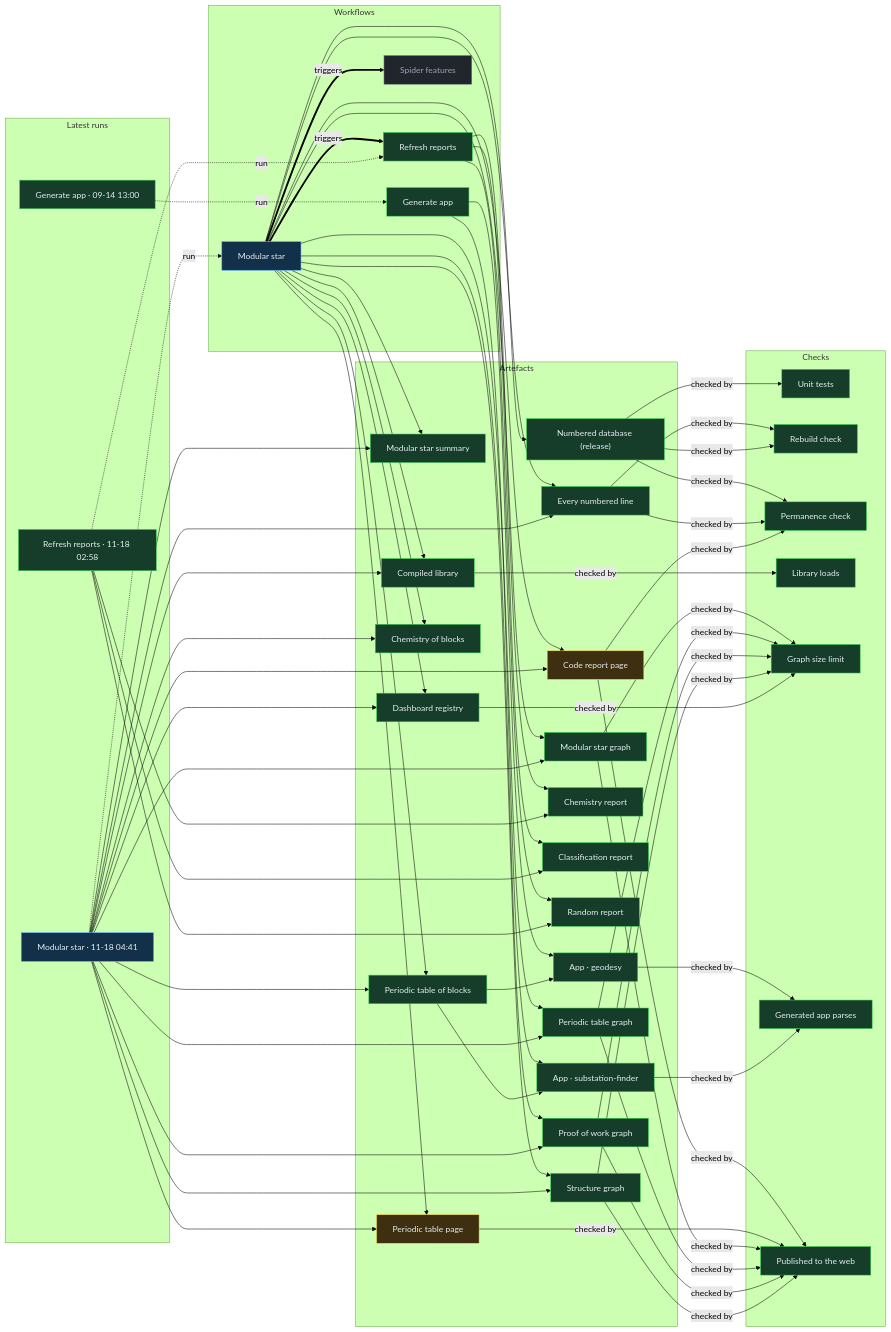
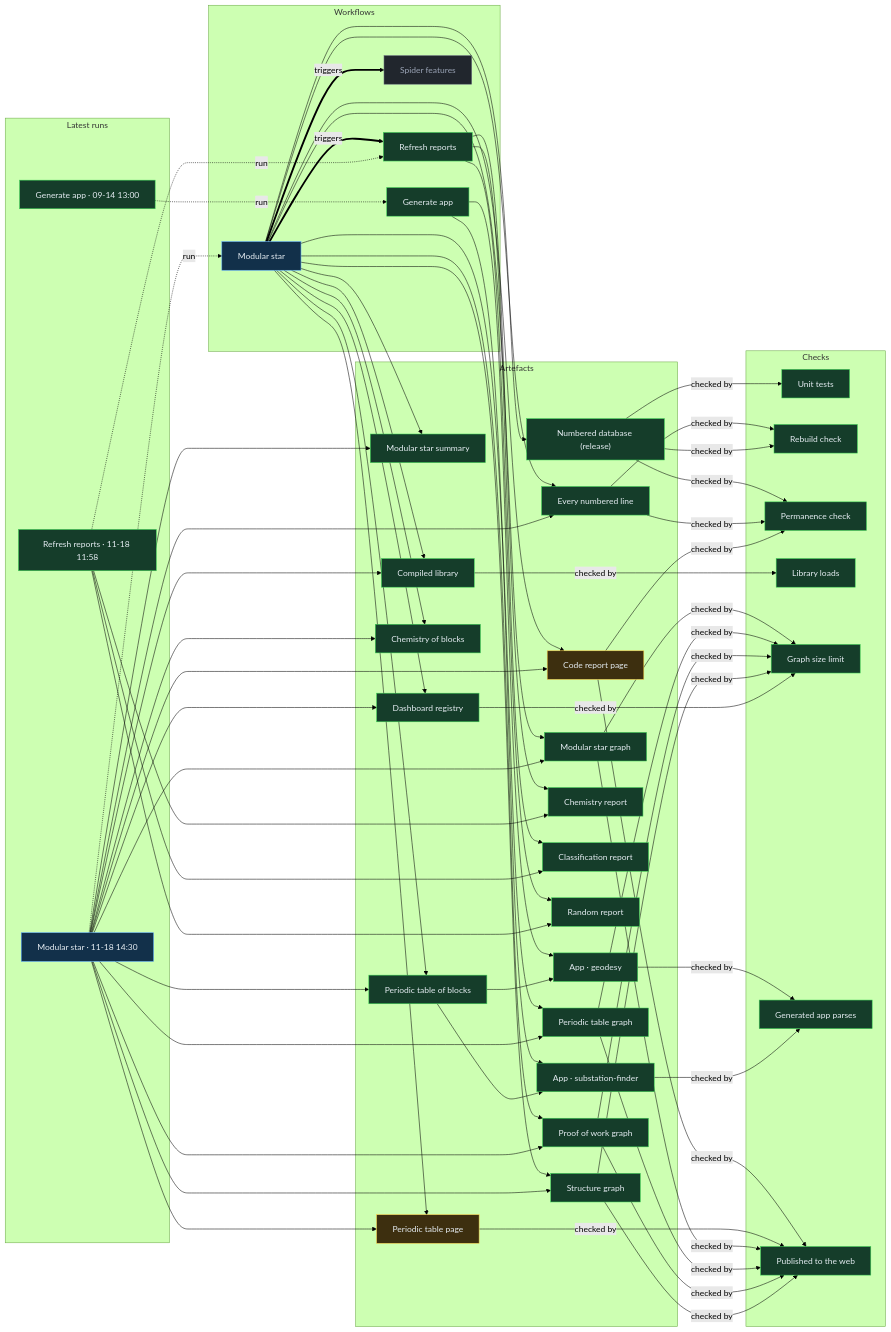
Before and after one commit to Ventusltd/stars: the diagram in proof/PROOF.md, drawn with Mermaid (forest theme). The commit also changed other lines of this file and 274 other files, not shown here.

Commit message:
Modular star 2026-11-18T14:33Z

```diff
--- a/proof/PROOF.md
+++ b/proof/PROOF.md
@@ -24,8 +24,8 @@
   n_wf_spider_features["Spider features"]:::off
   end
   subgraph g_runs["Latest runs"]
-  n_run_44239025496["Modular star · 11-18 04:41"]:::live
-  n_run_44227066266["Refresh reports · 11-18 02:58"]:::ok
+  n_run_44324963511["Modular star · 11-18 14:30"]:::live
+  n_run_44299468070["Refresh reports · 11-18 11:58"]:::ok
   n_run_34846587798["Generate app · 09-14 13:00"]:::ok
   end
   subgraph g_artefacts["Artefacts"]
@@ -59,39 +59,39 @@
   end
   n_wf_modular_star == triggers ==> n_wf_refresh
   n_wf_modular_star == triggers ==> n_wf_spider_features
-  n_run_44239025496 -. run .-> n_wf_modular_star
-  n_run_44227066266 -. run .-> n_wf_refresh
+  n_run_44324963511 -. run .-> n_wf_modular_star
+  n_run_44299468070 -. run .-> n_wf_refresh
   n_run_34846587798 -. run .-> n_wf_generate
   n_wf_modular_star --> n_art_summary
-  n_run_44239025496 --> n_art_summary
+  n_run_44324963511 --> n_art_summary
   n_wf_modular_star --> n_art_lines
-  n_run_44239025496 --> n_art_lines
+  n_run_44324963511 --> n_art_lines
   n_wf_modular_star --> n_art_code
-  n_run_44239025496 --> n_art_code
+  n_run_44324963511 --> n_art_code
   n_wf_modular_star --> n_art_modular_graph
-  n_run_44239025496 --> n_art_modular_graph
+  n_run_44324963511 --> n_art_modular_graph
   n_wf_modular_star --> n_art_blocks
-  n_run_44239025496 --> n_art_blocks
+  n_run_44324963511 --> n_art_blocks
   n_wf_modular_star --> n_art_table
-  n_run_44239025496 --> n_art_table
+  n_run_44324963511 --> n_art_table
   n_wf_modular_star --> n_art_blocks_graph
-  n_run_44239025496 --> n_art_blocks_graph
+  n_run_44324963511 --> n_art_blocks_graph
   n_wf_modular_star --> n_art_reactions
-  n_run_44239025496 --> n_art_reactions
+  n_run_44324963511 --> n_art_reactions
   n_wf_modular_star --> n_art_library
-  n_run_44239025496 --> n_art_library
+  n_run_44324963511 --> n_art_library
   n_wf_modular_star --> n_art_features
-  n_run_44239025496 --> n_art_features
+  n_run_44324963511 --> n_art_features
   n_wf_modular_star --> n_art_proof
-  n_run_44239025496 --> n_art_proof
+  n_run_44324963511 --> n_art_proof
   n_wf_modular_star --> n_art_structure
-  n_run_44239025496 --> n_art_structure
+  n_run_44324963511 --> n_art_structure
   n_wf_refresh --> n_art_chemistry
-  n_run_44227066266 --> n_art_chemistry
+  n_run_44299468070 --> n_art_chemistry
   n_wf_refresh --> n_art_vedic
-  n_run_44227066266 --> n_art_vedic
+  n_run_44299468070 --> n_art_vedic
   n_wf_refresh --> n_art_random
-  n_run_44227066266 --> n_art_random
+  n_run_44299468070 --> n_art_random
   n_wf_modular_star --> n_art_release
   n_wf_generate --> n_app_geodesy
   n_art_blocks --> n_app_geodesy
```
